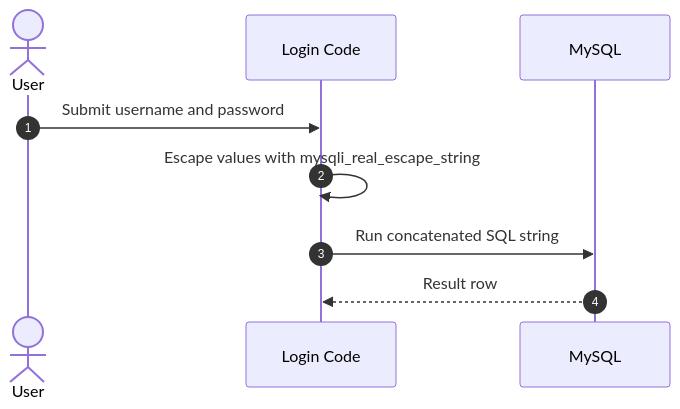
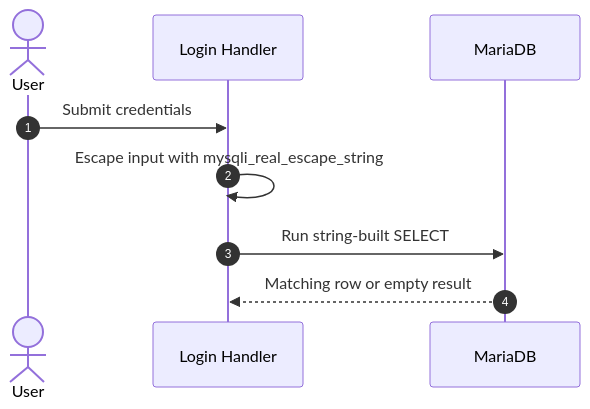
Diagram 14 of 15 in dvwa/security-assessment-dvwa-thorough-0.1.0.md (appsec-foundry/appsec-analyzer-examples), drawn with Mermaid before and after one commit. The commit also changed other lines of this file and 7 other files, not shown here.

````diff
--- a/dvwa/security-assessment-dvwa-thorough-0.1.0.md
+++ b/dvwa/security-assessment-dvwa-thorough-0.1.0.md
@@ -1068,11 +996,11 @@
 ```mermaid
 sequenceDiagram
     autonumber
     actor User
-    participant Login as Login Code
-    participant DB as MySQL
-    User->>Login: Submit username and password
-    Login->>Login: Escape values with mysqli_real_escape_string
-    Login->>DB: Run concatenated SQL string
-    DB-->>Login: Result row
+    participant Web as Login Handler
+    participant DB as MariaDB
+    User->>Web: Submit credentials
+    Web->>Web: Escape input with mysqli_real_escape_string
+    Web->>DB: Run string-built SELECT
+    DB-->>Web: Matching row or empty result
 ```
````
